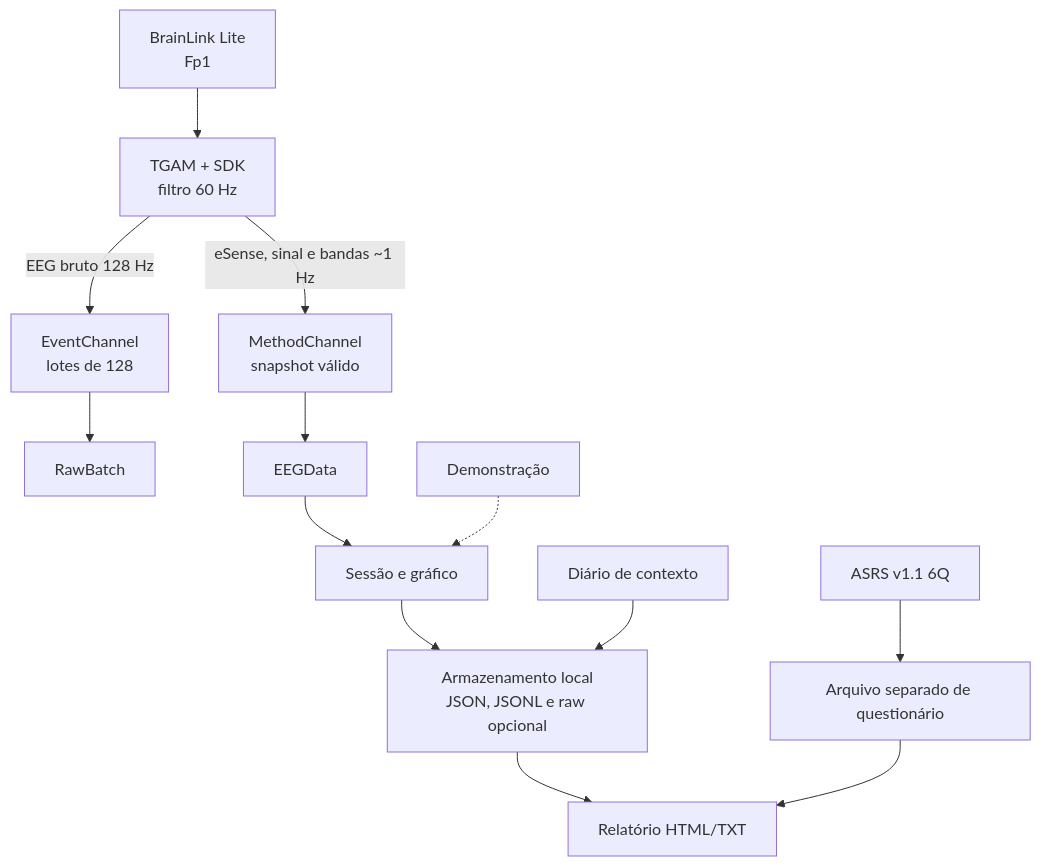
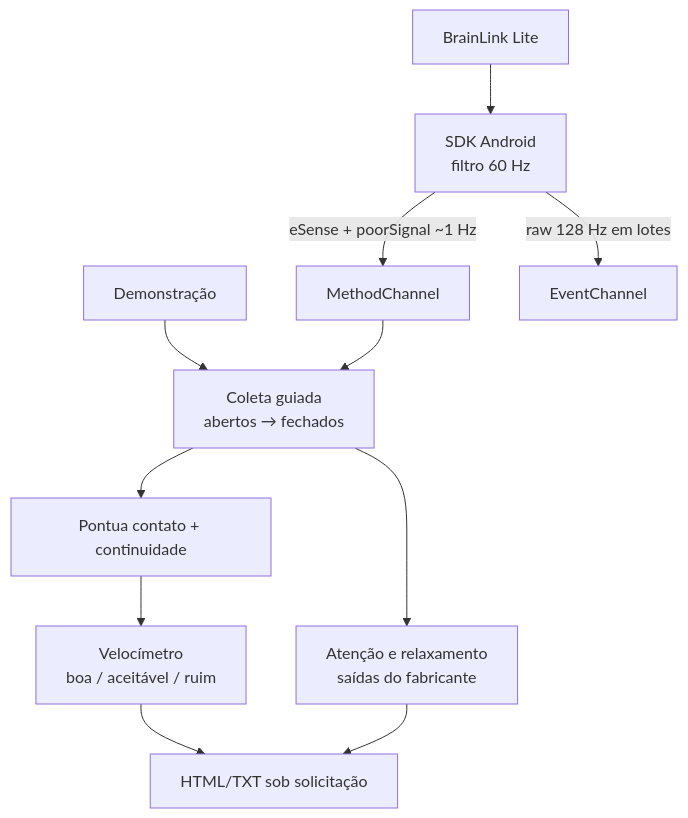
One commit to gustavoobezerra/App_Brainlink changed the diagram in vault/40-projeto/fluxo-de-dados.md. Above: the diagram before and after it, drawn with Mermaid. The commit also changed other lines of this file and 23 other files, not shown here.

Commit message:
feat(app): simplificar coleta guiada em uma tela

````diff
--- a/vault/40-projeto/fluxo-de-dados.md
+++ b/vault/40-projeto/fluxo-de-dados.md
@@ -13,15 +10,13 @@
 ```mermaid
 flowchart TD
-    A["BrainLink Lite<br/>Fp1"] --> B["TGAM + SDK<br/>filtro 60 Hz"]
-    B -->|"EEG bruto 128 Hz"| C["EventChannel<br/>lotes de 128"]
-    B -->|"eSense, sinal e bandas ~1 Hz"| D["MethodChannel<br/>snapshot válido"]
-    C --> E["RawBatch"]
-    D --> F["EEGData"]
-    F --> G["Sessão e gráfico"]
-    G --> H["Armazenamento local<br/>JSON, JSONL e raw opcional"]
-    I["Diário de contexto"] --> H
-    J["ASRS v1.1 6Q"] --> K["Arquivo separado de questionário"]
-    H --> L["Relatório HTML/TXT"]
-    K --> L
-    M["Demonstração"] -.-> G
+    A["Demonstração"] --> E["Coleta guiada<br/>abertos → fechados"]
+    B["BrainLink Lite"] --> C["SDK Android<br/>filtro 60 Hz"]
+    C -->|"eSense + poorSignal ~1 Hz"| D["MethodChannel"]
+    C -->|"raw 128 Hz em lotes"| R["EventChannel"]
+    D --> E
+    E --> F["Pontua contato + continuidade"]
+    F --> G["Velocímetro<br/>boa / aceitável / ruim"]
+    E --> H["Atenção e relaxamento<br/>saídas do fabricante"]
+    G --> I["HTML/TXT sob solicitação"]
+    H --> I
 ```
````
